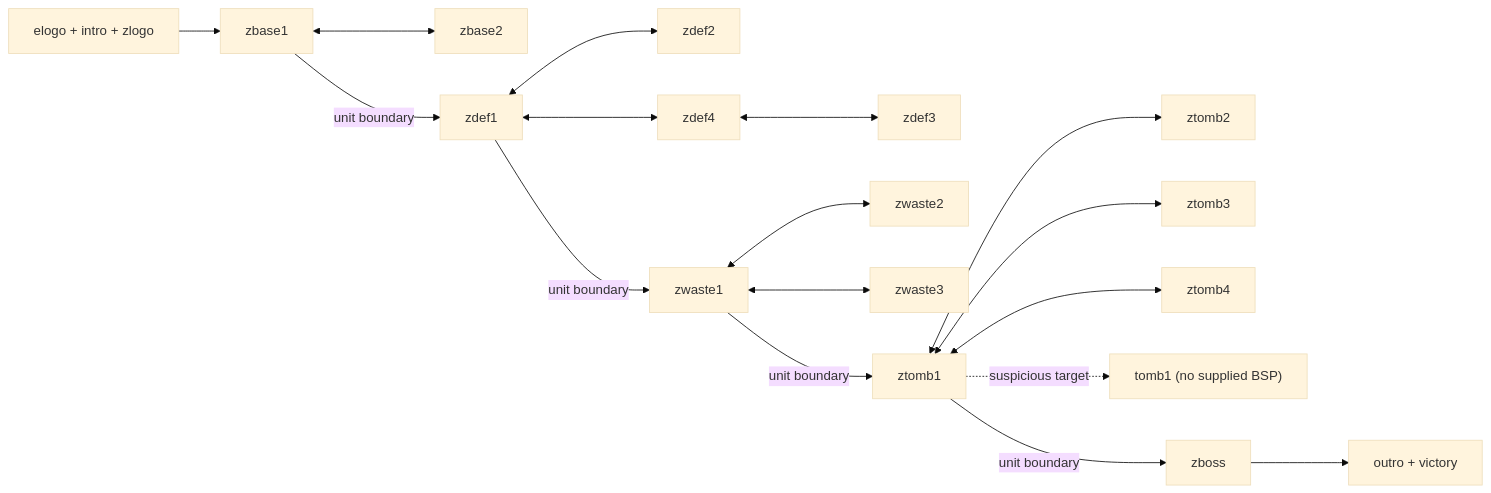
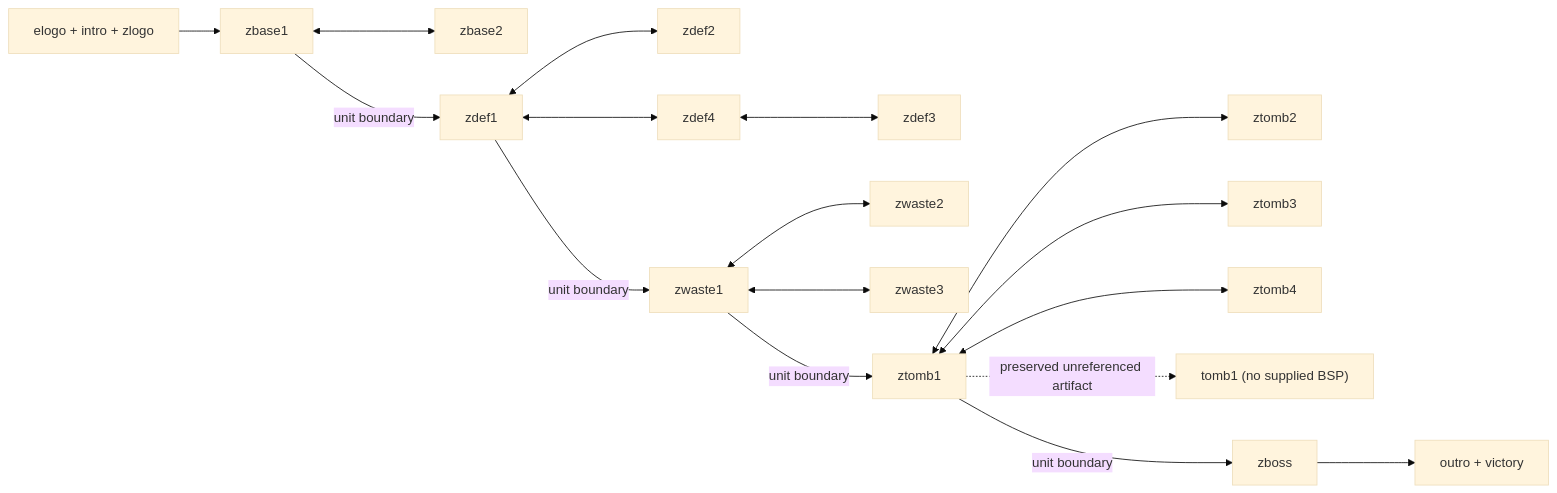
The diagram in docs/ZAERO_PORT_ROADMAP.md (themuffinator/ZaeREo), drawn with Mermaid (base theme) before and after one commit. The commit also changed other lines of this file and 159 other files, not shown here.

```diff
--- a/docs/ZAERO_PORT_ROADMAP.md
+++ b/docs/ZAERO_PORT_ROADMAP.md
@@ -555,19 +654,19 @@
 ~~~mermaid
 flowchart LR
     Intro["elogo + intro + zlogo"] --> B1["zbase1"]
     B1 <--> B2["zbase2"]
     B1 -->|"unit boundary"| D1["zdef1"]
     D1 <--> D2["zdef2"]
     D1 <--> D4["zdef4"]
     D4 <--> D3["zdef3"]
     D1 -->|"unit boundary"| W1["zwaste1"]
     W1 <--> W2["zwaste2"]
     W1 <--> W3["zwaste3"]
     W1 -->|"unit boundary"| T1["ztomb1"]
     T1 <--> T2["ztomb2"]
     T1 <--> T3["ztomb3"]
     T1 <--> T4["ztomb4"]
-    T1 -.->|"suspicious target"| Missing["tomb1 (no supplied BSP)"]
+    T1 -.->|"preserved unreferenced artifact"| Missing["tomb1 (no supplied BSP)"]
     T1 -->|"unit boundary"| Boss["zboss"]
     Boss --> Outro["outro + victory"]
 ~~~
```
